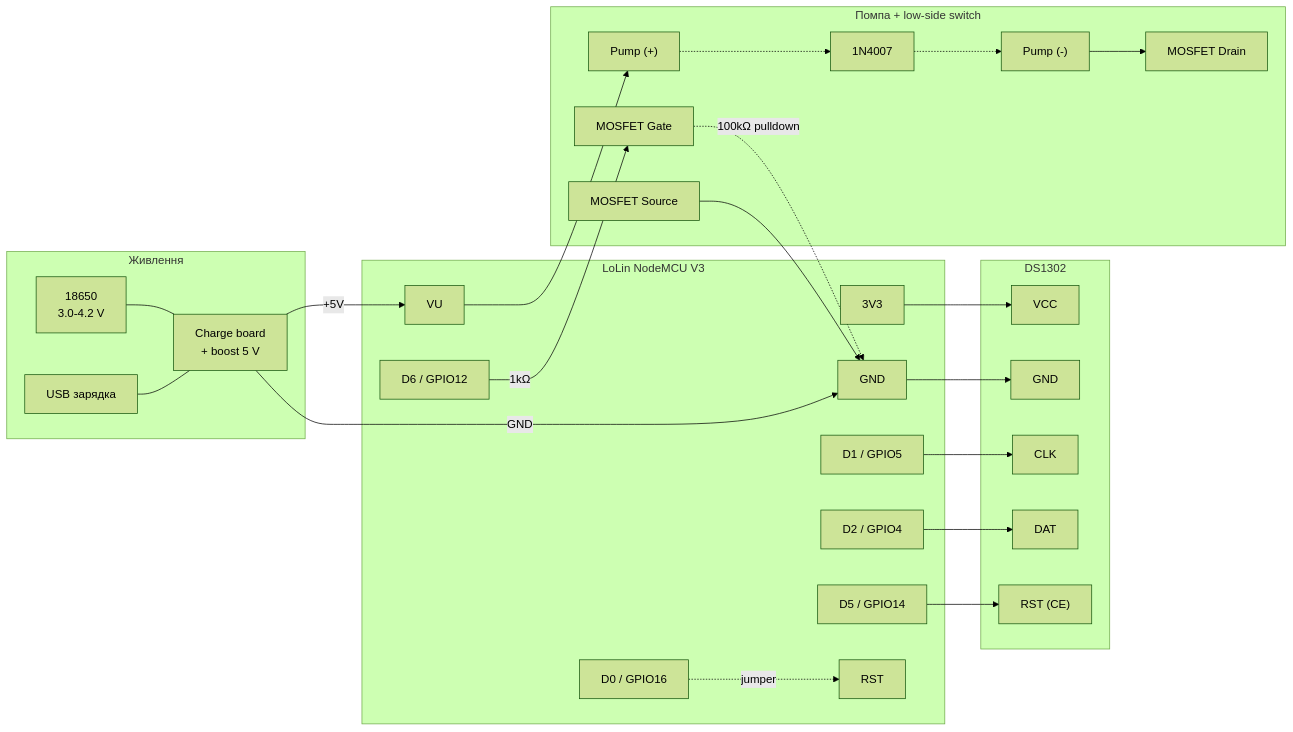
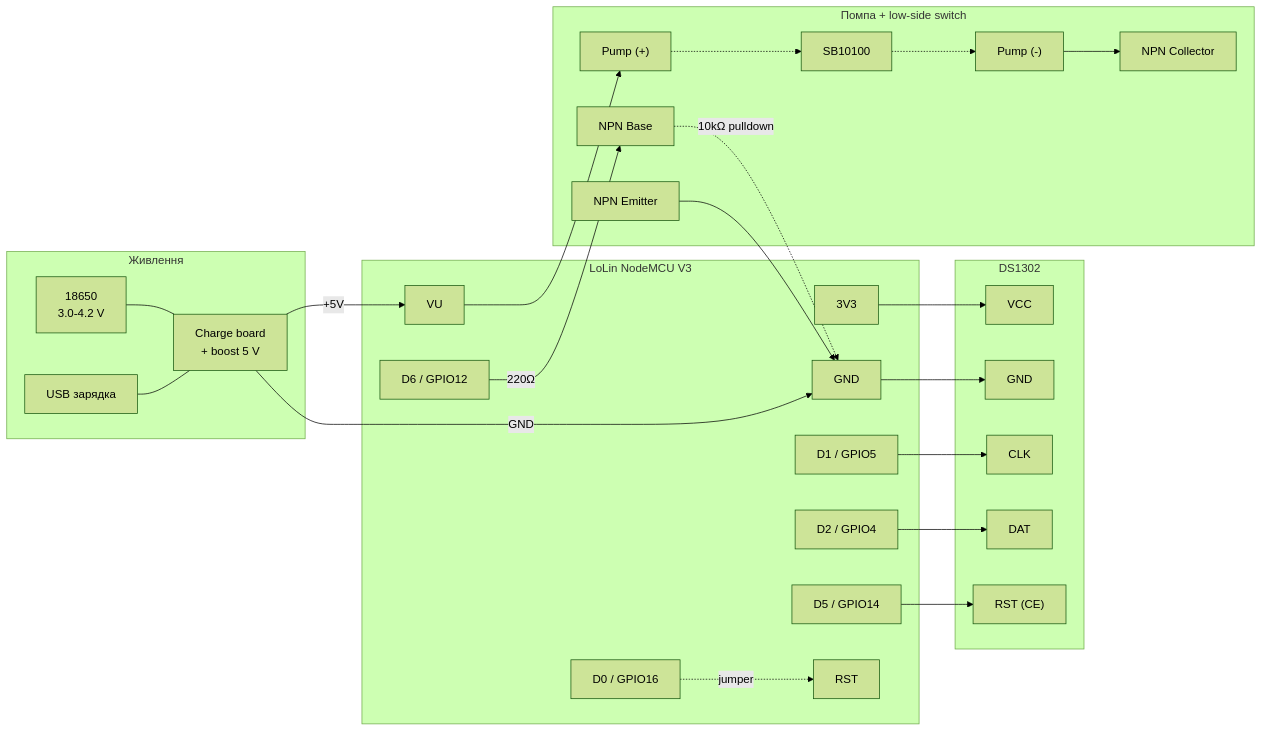
The diagram in README.md (OleksandrGonchar/watering), drawn with Mermaid (forest theme) before and after one commit. The commit also changed other lines of this file and 2 other files, not shown here.

Commit message:
Update schema for existed elemens

````diff
--- a/README.md
+++ b/README.md
@@ -72,57 +72,57 @@
 ```mermaid
 flowchart LR
     subgraph PWR["Живлення"]
         BAT["18650<br/>3.0-4.2 V"]
         CHG["Charge board<br/>+ boost 5 V"]
         USB["USB зарядка"]
         BAT --- CHG
         USB --- CHG
     end
 
     subgraph NMCU["LoLin NodeMCU V3"]
         VU["VU"]
         GND["GND"]
         V3V3["3V3"]
         D1["D1 / GPIO5"]
         D2["D2 / GPIO4"]
         D5["D5 / GPIO14"]
         D6["D6 / GPIO12"]
         D0["D0 / GPIO16"]
         RST["RST"]
     end
 
     subgraph RTC_["DS1302"]
         rVCC["VCC"]
         rGND["GND"]
         rCLK["CLK"]
         rDAT["DAT"]
         rRST["RST (CE)"]
     end
 
     subgraph PUMP_["Помпа + low-side switch"]
         Pp["Pump (+)"]
         Pm["Pump (-)"]
-        Diode["1N4007"]
-        Mg["MOSFET Gate"]
-        Md["MOSFET Drain"]
-        Ms["MOSFET Source"]
+        Diode["SB10100"]
+        Mb["NPN Base"]
+        Mc["NPN Collector"]
+        Me["NPN Emitter"]
     end
 
     CHG -->|"+5V"| VU
     CHG -->|GND| GND
     D0 -.->|"jumper"| RST
 
     V3V3 --> rVCC
     GND --> rGND
     D1 --> rCLK
     D2 --> rDAT
     D5 --> rRST
 
-    D6 -->|"1kΩ"| Mg
-    Mg -.->|"100kΩ pulldown"| GND
-    Ms --> GND
+    D6 -->|"220Ω"| Mb
+    Mb -.->|"10kΩ pulldown"| GND
+    Me --> GND
     VU --> Pp
-    Pm --> Md
+    Pm --> Mc
     Pp -.-> Diode
     Diode -.-> Pm
 ```
````
